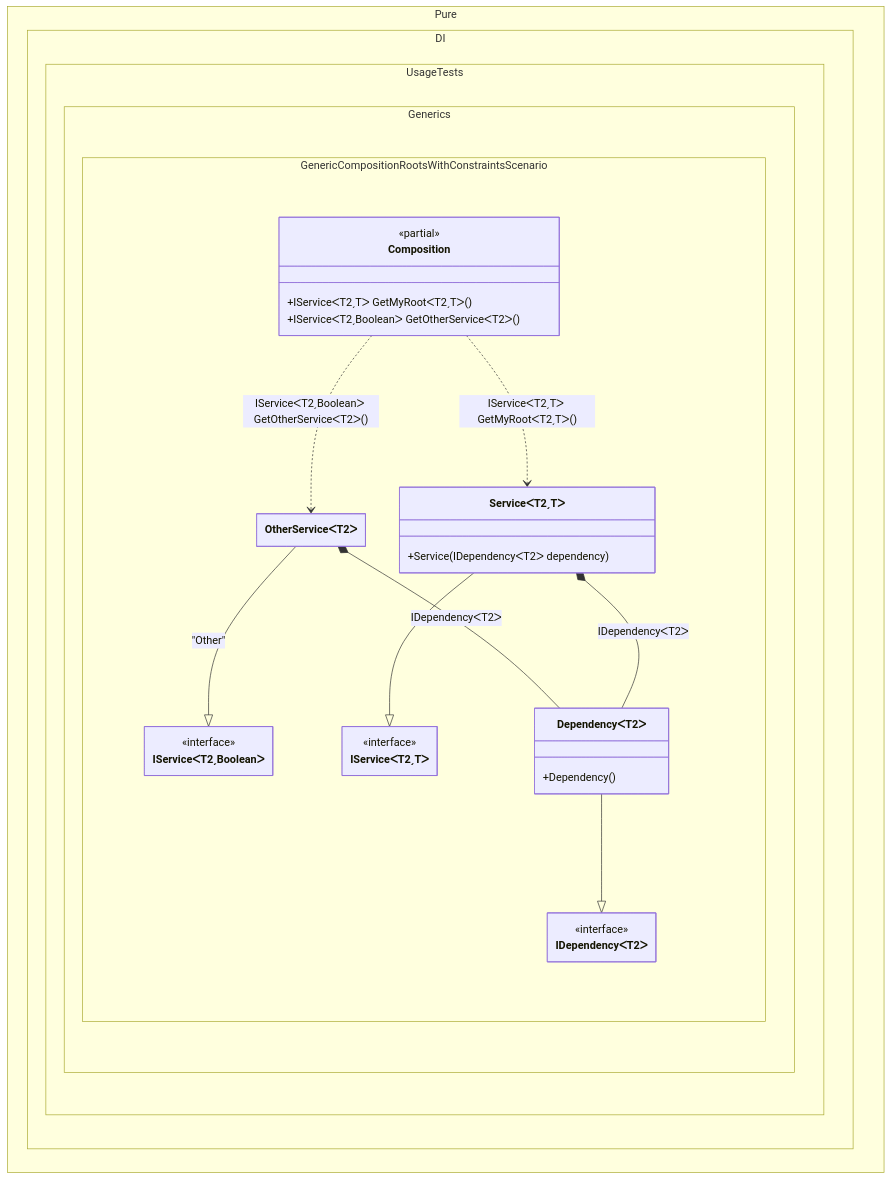
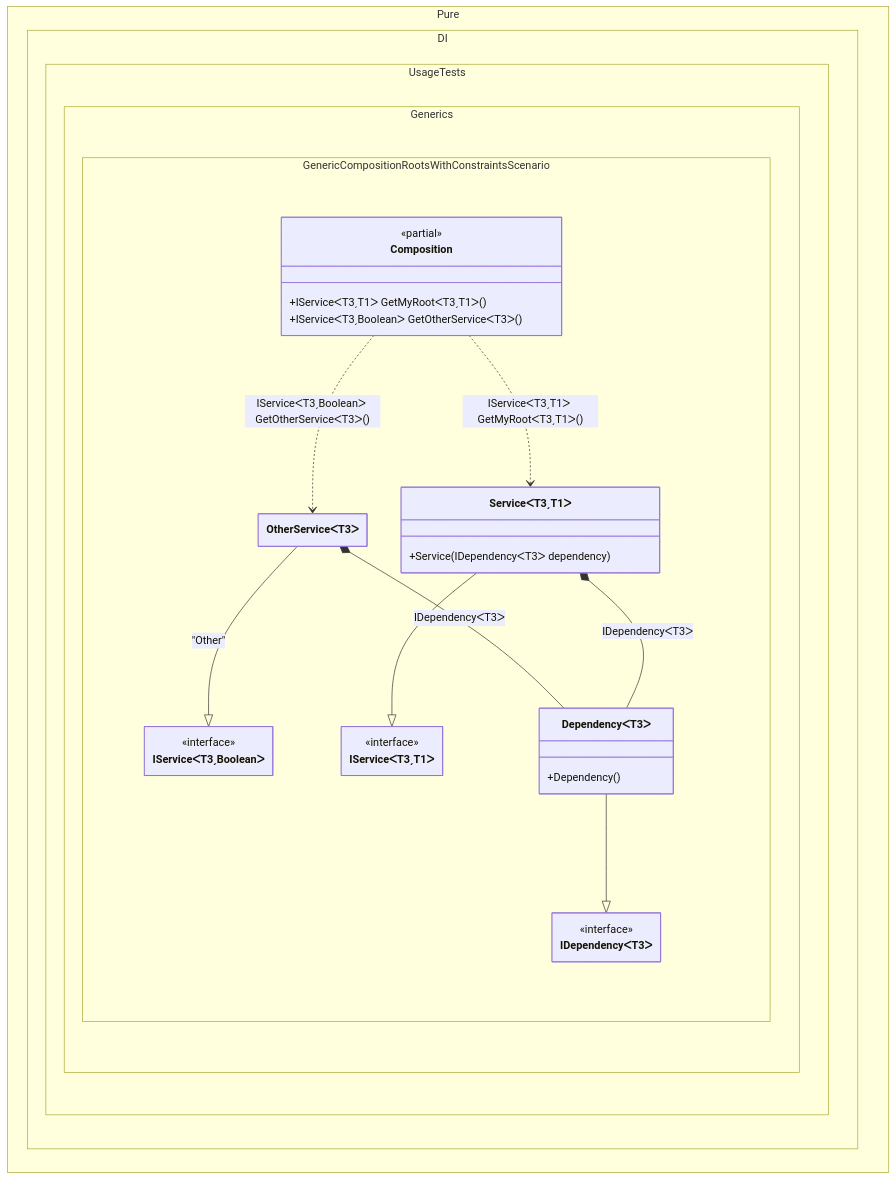
One commit to DevTeam/Pure.DI changed the diagram in readme/generic-composition-roots-with-constraints.md. Above: the diagram before and after it, drawn with Mermaid. The commit also changed other lines of this file and 10 other files, not shown here.

````diff
--- a/readme/generic-composition-roots-with-constraints.md
+++ b/readme/generic-composition-roots-with-constraints.md
@@ -130,39 +130,39 @@
 ```mermaid
 ---
  config:
   class:
    hideEmptyMembersBox: true
 ---
 classDiagram
-	OtherServiceᐸT2ᐳ --|> IServiceᐸT2ˏBooleanᐳ : "Other" 
-	ServiceᐸT2ˏTᐳ --|> IServiceᐸT2ˏTᐳ
-	DependencyᐸT2ᐳ --|> IDependencyᐸT2ᐳ
-	Composition ..> OtherServiceᐸT2ᐳ : IServiceᐸT2ˏBooleanᐳ GetOtherServiceᐸT2ᐳ()
-	Composition ..> ServiceᐸT2ˏTᐳ : IServiceᐸT2ˏTᐳ GetMyRootᐸT2ˏTᐳ()
-	OtherServiceᐸT2ᐳ *--  DependencyᐸT2ᐳ : IDependencyᐸT2ᐳ
-	ServiceᐸT2ˏTᐳ *--  DependencyᐸT2ᐳ : IDependencyᐸT2ᐳ
+	OtherServiceᐸT3ᐳ --|> IServiceᐸT3ˏBooleanᐳ : "Other" 
+	ServiceᐸT3ˏT1ᐳ --|> IServiceᐸT3ˏT1ᐳ
+	DependencyᐸT3ᐳ --|> IDependencyᐸT3ᐳ
+	Composition ..> OtherServiceᐸT3ᐳ : IServiceᐸT3ˏBooleanᐳ GetOtherServiceᐸT3ᐳ()
+	Composition ..> ServiceᐸT3ˏT1ᐳ : IServiceᐸT3ˏT1ᐳ GetMyRootᐸT3ˏT1ᐳ()
+	OtherServiceᐸT3ᐳ *--  DependencyᐸT3ᐳ : IDependencyᐸT3ᐳ
+	ServiceᐸT3ˏT1ᐳ *--  DependencyᐸT3ᐳ : IDependencyᐸT3ᐳ
 	namespace Pure.DI.UsageTests.Generics.GenericCompositionRootsWithConstraintsScenario {
 		class Composition {
 		<<partial>>
-		+IServiceᐸT2ˏTᐳ GetMyRootᐸT2ˏTᐳ()
-		+IServiceᐸT2ˏBooleanᐳ GetOtherServiceᐸT2ᐳ()
+		+IServiceᐸT3ˏT1ᐳ GetMyRootᐸT3ˏT1ᐳ()
+		+IServiceᐸT3ˏBooleanᐳ GetOtherServiceᐸT3ᐳ()
 		}
-		class DependencyᐸT2ᐳ {
+		class DependencyᐸT3ᐳ {
 			+Dependency()
 		}
-		class IDependencyᐸT2ᐳ {
+		class IDependencyᐸT3ᐳ {
 			<<interface>>
 		}
-		class IServiceᐸT2ˏBooleanᐳ {
+		class IServiceᐸT3ˏBooleanᐳ {
 			<<interface>>
 		}
-		class IServiceᐸT2ˏTᐳ {
+		class IServiceᐸT3ˏT1ᐳ {
 			<<interface>>
 		}
-		class OtherServiceᐸT2ᐳ {
+		class OtherServiceᐸT3ᐳ {
 		}
-		class ServiceᐸT2ˏTᐳ {
-			+Service(IDependencyᐸT2ᐳ dependency)
+		class ServiceᐸT3ˏT1ᐳ {
+			+Service(IDependencyᐸT3ᐳ dependency)
 		}
 	}
 ```
````
